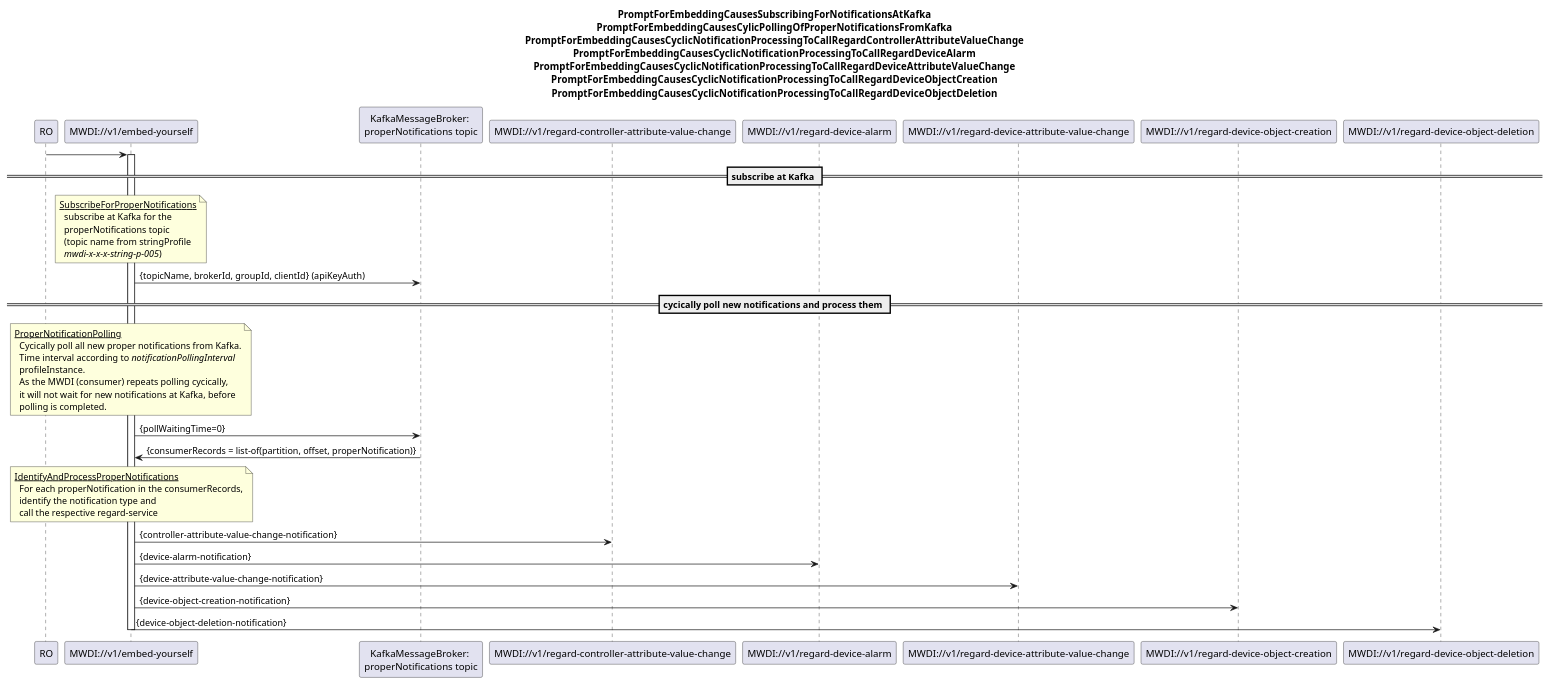
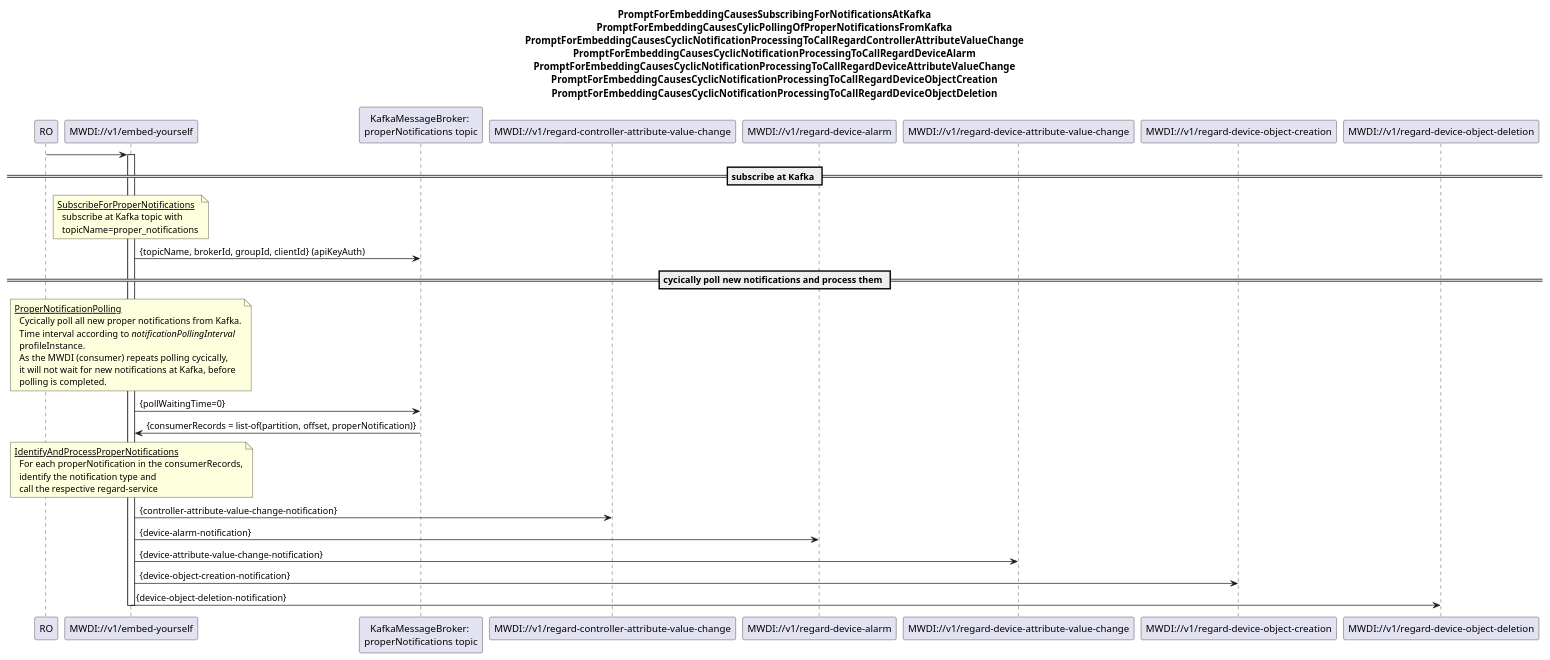
One commit to openBackhaul/MicroWaveDeviceInventory changed the diagram in spec/diagrams/01x_NotifcationPollingFromKafkaAndProcessing.plantuml. Above: the diagram before and after it, drawn with PlantUML. The commit also changed 7 other files, not shown here.

Commit message:
update diagrams, remove profileinstance, update uuids

```diff
--- a/spec/diagrams/01x_NotifcationPollingFromKafkaAndProcessing.plantuml
+++ b/spec/diagrams/01x_NotifcationPollingFromKafkaAndProcessing.plantuml
@@ -1,64 +1,62 @@
 @startuml 01x_NotificationPollingFromKafkaAndProcessing
 skinparam responseMessageBelowArrow true
 
 title 
 PromptForEmbeddingCausesSubscribingForNotificationsAtKafka
 PromptForEmbeddingCausesCylicPollingOfProperNotificationsFromKafka
 PromptForEmbeddingCausesCyclicNotificationProcessingToCallRegardControllerAttributeValueChange
 PromptForEmbeddingCausesCyclicNotificationProcessingToCallRegardDeviceAlarm
 PromptForEmbeddingCausesCyclicNotificationProcessingToCallRegardDeviceAttributeValueChange
 PromptForEmbeddingCausesCyclicNotificationProcessingToCallRegardDeviceObjectCreation
 PromptForEmbeddingCausesCyclicNotificationProcessingToCallRegardDeviceObjectDeletion
 end title
 
 participant "RO" as ro
 participant "MWDI://v1/embed-yourself" as mwdi
 participant "KafkaMessageBroker: \nproperNotifications topic" as kafka
 participant "MWDI://v1/regard-controller-attribute-value-change" as regardCtrlAttChange
 participant "MWDI://v1/regard-device-alarm" as regardAlarm
 participant "MWDI://v1/regard-device-attribute-value-change" as regardDevAttChange
 participant "MWDI://v1/regard-device-object-creation" as regardDevObjCreation
 participant "MWDI://v1/regard-device-object-deletion" as regardDevObjDeletion
 
 ro -> mwdi
 activate mwdi
 
 
 == subscribe at Kafka ==
 note over mwdi
 <u>SubscribeForProperNotifications</u>
-  subscribe at Kafka for the
-  properNotifications topic
-  (topic name from stringProfile
-  <i>mwdi-x-x-x-string-p-005</i>)
+  subscribe at Kafka topic with
+  topicName=proper_notifications
 end note
 mwdi -> kafka: {topicName, brokerId, groupId, clientId} (apiKeyAuth)
 
 == cycically poll new notifications and process them ==
 note over mwdi
 <u>ProperNotificationPolling</u>
   Cycically poll all new proper notifications from Kafka.
   Time interval according to <i>notificationPollingInterval</i>
   profileInstance.
   As the MWDI (consumer) repeats polling cycically,
   it will not wait for new notifications at Kafka, before
   polling is completed.
 end note
 mwdi -> kafka: {pollWaitingTime=0}
 kafka -> mwdi: {consumerRecords = list-of(partition, offset, properNotification)}
 
 note over mwdi
 <u>IdentifyAndProcessProperNotifications</u>
   For each properNotification in the consumerRecords,
   identify the notification type and 
   call the respective regard-service
 end note
 mwdi -> regardCtrlAttChange: {controller-attribute-value-change-notification}
 mwdi -> regardAlarm: {device-alarm-notification}
 mwdi -> regardDevAttChange: {device-attribute-value-change-notification}
 mwdi -> regardDevObjCreation: {device-object-creation-notification}
 mwdi -> regardDevObjDeletion: {device-object-deletion-notification}
 
 deactivate mwdi
 
 @enduml
```
